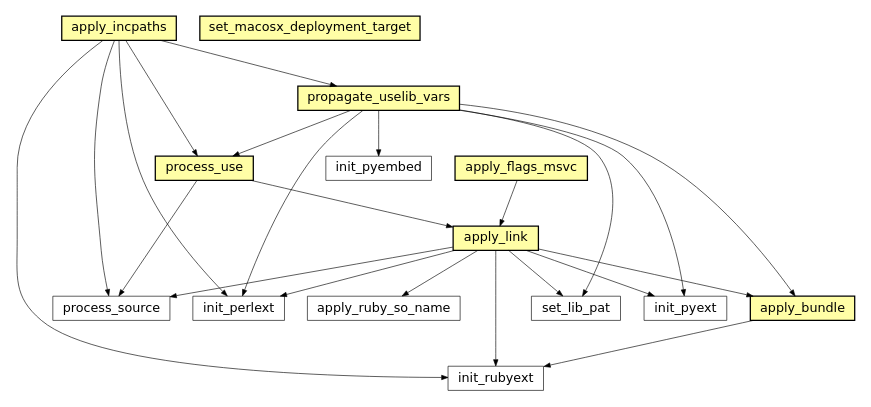
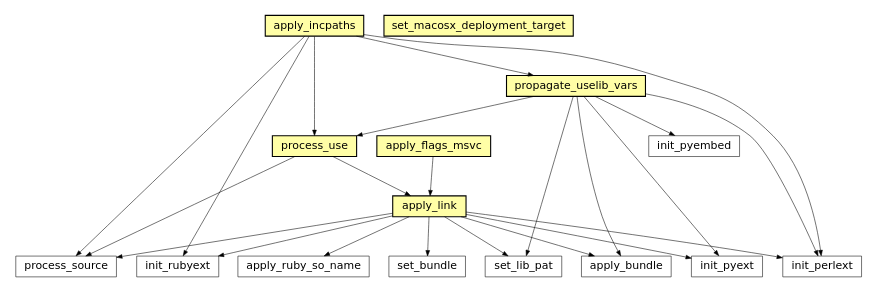
One commit to electronicvisions/waf changed the third of 45 diagrams in docs/sphinx/featuremap.rst. Above: the diagram before and after it, drawn with Graphviz. The commit also changed other lines of this file and 3 other files, not shown here.

```diff
--- a/docs/sphinx/featuremap.rst
+++ b/docs/sphinx/featuremap.rst
@@ -80,41 +98,42 @@
 .. graphviz::
 
 	digraph feature_c {
-	size="8.0, 12.0";
-		"process_use" [style="setlinewidth(0.5)",URL="tools/ccroot.html#waflib.Tools.ccroot.process_use",fontname="Vera Sans, DejaVu Sans, Liberation Sans, Arial, Helvetica, sans",height=0.25,shape=box,fontsize=10,fillcolor="#fffea6",style=filled];
-	"process_source" [style="setlinewidth(0.5)",URL="TaskGen.html#waflib.TaskGen.process_source",fontname="Vera Sans, DejaVu Sans, Liberation Sans, Arial, Helvetica, sans",height=0.25,shape=box,fontsize=10];
-	"apply_incpaths" [style="setlinewidth(0.5)",URL="tools/ccroot.html#waflib.Tools.ccroot.apply_incpaths",fontname="Vera Sans, DejaVu Sans, Liberation Sans, Arial, Helvetica, sans",height=0.25,shape=box,fontsize=10,fillcolor="#fffea6",style=filled];
-	"set_lib_pat" [style="setlinewidth(0.5)",URL="tools/fc_config.html#waflib.Tools.fc_config.set_lib_pat",fontname="Vera Sans, DejaVu Sans, Liberation Sans, Arial, Helvetica, sans",height=0.25,shape=box,fontsize=10];
-	"apply_bundle" [style="setlinewidth(0.5)",URL="tools/c_osx.html#waflib.Tools.c_osx.apply_bundle",fontname="Vera Sans, DejaVu Sans, Liberation Sans, Arial, Helvetica, sans",height=0.25,shape=box,fontsize=10,fillcolor="#fffea6",style=filled];
-	"set_macosx_deployment_target" [style="setlinewidth(0.5)",URL="tools/c_osx.html#waflib.Tools.c_osx.set_macosx_deployment_target",fontname="Vera Sans, DejaVu Sans, Liberation Sans, Arial, Helvetica, sans",height=0.25,shape=box,fontsize=10,fillcolor="#fffea6",style=filled];
-	"init_perlext" [style="setlinewidth(0.5)",URL="tools/perl.html#waflib.Tools.perl.init_perlext",fontname="Vera Sans, DejaVu Sans, Liberation Sans, Arial, Helvetica, sans",height=0.25,shape=box,fontsize=10];
-	"apply_ruby_so_name" [style="setlinewidth(0.5)",URL="tools/ruby.html#waflib.Tools.ruby.apply_ruby_so_name",fontname="Vera Sans, DejaVu Sans, Liberation Sans, Arial, Helvetica, sans",height=0.25,shape=box,fontsize=10];
-	"apply_link" [style="setlinewidth(0.5)",URL="tools/ccroot.html#waflib.Tools.ccroot.apply_link",fontname="Vera Sans, DejaVu Sans, Liberation Sans, Arial, Helvetica, sans",height=0.25,shape=box,fontsize=10,fillcolor="#fffea6",style=filled];
-	"init_pyext" [style="setlinewidth(0.5)",URL="tools/python.html#waflib.Tools.python.init_pyext",fontname="Vera Sans, DejaVu Sans, Liberation Sans, Arial, Helvetica, sans",height=0.25,shape=box,fontsize=10];
-	"init_rubyext" [style="setlinewidth(0.5)",URL="tools/ruby.html#waflib.Tools.ruby.init_rubyext",fontname="Vera Sans, DejaVu Sans, Liberation Sans, Arial, Helvetica, sans",height=0.25,shape=box,fontsize=10];
-	"apply_flags_msvc" [style="setlinewidth(0.5)",URL="tools/msvc.html#waflib.Tools.msvc.apply_flags_msvc",fontname="Vera Sans, DejaVu Sans, Liberation Sans, Arial, Helvetica, sans",height=0.25,shape=box,fontsize=10,fillcolor="#fffea6",style=filled];
-	"propagate_uselib_vars" [style="setlinewidth(0.5)",URL="tools/ccroot.html#waflib.Tools.ccroot.propagate_uselib_vars",fontname="Vera Sans, DejaVu Sans, Liberation Sans, Arial, Helvetica, sans",height=0.25,shape=box,fontsize=10,fillcolor="#fffea6",style=filled];
-	"init_pyembed" [style="setlinewidth(0.5)",URL="tools/python.html#waflib.Tools.python.init_pyembed",fontname="Vera Sans, DejaVu Sans, Liberation Sans, Arial, Helvetica, sans",height=0.25,shape=box,fontsize=10];
-	"process_use" -> "apply_link" [arrowsize=0.5,style="setlinewidth(0.5)"];
-	"process_use" -> "process_source" [arrowsize=0.5,style="setlinewidth(0.5)"];
-	"apply_incpaths" -> "propagate_uselib_vars" [arrowsize=0.5,style="setlinewidth(0.5)"];
-	"apply_incpaths" -> "process_source" [arrowsize=0.5,style="setlinewidth(0.5)"];
-	"apply_incpaths" -> "process_use" [arrowsize=0.5,style="setlinewidth(0.5)"];
-	"apply_incpaths" -> "init_rubyext" [arrowsize=0.5,style="setlinewidth(0.5)"];
-	"apply_incpaths" -> "init_perlext" [arrowsize=0.5,style="setlinewidth(0.5)"];
-	"apply_link" -> "apply_bundle" [arrowsize=0.5,style="setlinewidth(0.5)"];
-	"apply_link" -> "process_source" [arrowsize=0.5,style="setlinewidth(0.5)"];
-	"apply_link" -> "set_lib_pat" [arrowsize=0.5,style="setlinewidth(0.5)"];
-	"apply_link" -> "init_rubyext" [arrowsize=0.5,style="setlinewidth(0.5)"];
-	"apply_link" -> "apply_ruby_so_name" [arrowsize=0.5,style="setlinewidth(0.5)"];
-	"apply_link" -> "init_pyext" [arrowsize=0.5,style="setlinewidth(0.5)"];
-	"apply_link" -> "init_perlext" [arrowsize=0.5,style="setlinewidth(0.5)"];
-	"apply_flags_msvc" -> "apply_link" [arrowsize=0.5,style="setlinewidth(0.5)"];
-	"propagate_uselib_vars" -> "apply_bundle" [arrowsize=0.5,style="setlinewidth(0.5)"];
-	"propagate_uselib_vars" -> "process_use" [arrowsize=0.5,style="setlinewidth(0.5)"];
-	"propagate_uselib_vars" -> "set_lib_pat" [arrowsize=0.5,style="setlinewidth(0.5)"];
-	"propagate_uselib_vars" -> "init_pyext" [arrowsize=0.5,style="setlinewidth(0.5)"];
-	"propagate_uselib_vars" -> "init_pyembed" [arrowsize=0.5,style="setlinewidth(0.5)"];
-	"propagate_uselib_vars" -> "init_perlext" [arrowsize=0.5,style="setlinewidth(0.5)"];
-	"apply_bundle" -> "init_rubyext" [arrowsize=0.5,style="setlinewidth(0.5)"];
+		size="8.0, 12.0";
+		process_use [style="setlinewidth(0.5)",URL="tools/ccroot.html#waflib.Tools.ccroot.process_use",target="_top",fontname="Vera Sans, DejaVu Sans, Liberation Sans, Arial, Helvetica, sans",height=0.25,shape="rectangle",fontsize=10,fillcolor="#fffea6",style=filled];
+		process_source [style="setlinewidth(0.5)",URL="TaskGen.html#waflib.TaskGen.process_source",target="_top",fontname="Vera Sans, DejaVu Sans, Liberation Sans, Arial, Helvetica, sans",height=0.25,shape="rectangle",fontsize=10];
+		apply_incpaths [style="setlinewidth(0.5)",URL="tools/ccroot.html#waflib.Tools.ccroot.apply_incpaths",target="_top",fontname="Vera Sans, DejaVu Sans, Liberation Sans, Arial, Helvetica, sans",height=0.25,shape="rectangle",fontsize=10,fillcolor="#fffea6",style=filled];
+		set_bundle [style="setlinewidth(0.5)",URL="tools/python.html#waflib.Tools.python.set_bundle",target="_top",fontname="Vera Sans, DejaVu Sans, Liberation Sans, Arial, Helvetica, sans",height=0.25,shape="rectangle",fontsize=10];
+		set_lib_pat [style="setlinewidth(0.5)",URL="tools/fc_config.html#waflib.Tools.fc_config.set_lib_pat",target="_top",fontname="Vera Sans, DejaVu Sans, Liberation Sans, Arial, Helvetica, sans",height=0.25,shape="rectangle",fontsize=10];
+		apply_bundle [style="setlinewidth(0.5)",URL="tools/c_osx.html#waflib.Tools.c_osx.apply_bundle",target="_top",fontname="Vera Sans, DejaVu Sans, Liberation Sans, Arial, Helvetica, sans",height=0.25,shape="rectangle",fontsize=10];
+		set_macosx_deployment_target [style="setlinewidth(0.5)",URL="tools/c_osx.html#waflib.Tools.c_osx.set_macosx_deployment_target",target="_top",fontname="Vera Sans, DejaVu Sans, Liberation Sans, Arial, Helvetica, sans",height=0.25,shape="rectangle",fontsize=10,fillcolor="#fffea6",style=filled];
+		init_perlext [style="setlinewidth(0.5)",URL="tools/perl.html#waflib.Tools.perl.init_perlext",target="_top",fontname="Vera Sans, DejaVu Sans, Liberation Sans, Arial, Helvetica, sans",height=0.25,shape="rectangle",fontsize=10];
+		apply_ruby_so_name [style="setlinewidth(0.5)",URL="tools/ruby.html#waflib.Tools.ruby.apply_ruby_so_name",target="_top",fontname="Vera Sans, DejaVu Sans, Liberation Sans, Arial, Helvetica, sans",height=0.25,shape="rectangle",fontsize=10];
+		apply_link [style="setlinewidth(0.5)",URL="tools/ccroot.html#waflib.Tools.ccroot.apply_link",target="_top",fontname="Vera Sans, DejaVu Sans, Liberation Sans, Arial, Helvetica, sans",height=0.25,shape="rectangle",fontsize=10,fillcolor="#fffea6",style=filled];
+		init_pyext [style="setlinewidth(0.5)",URL="tools/python.html#waflib.Tools.python.init_pyext",target="_top",fontname="Vera Sans, DejaVu Sans, Liberation Sans, Arial, Helvetica, sans",height=0.25,shape="rectangle",fontsize=10];
+		init_rubyext [style="setlinewidth(0.5)",URL="tools/ruby.html#waflib.Tools.ruby.init_rubyext",target="_top",fontname="Vera Sans, DejaVu Sans, Liberation Sans, Arial, Helvetica, sans",height=0.25,shape="rectangle",fontsize=10];
+		apply_flags_msvc [style="setlinewidth(0.5)",URL="tools/msvc.html#waflib.Tools.msvc.apply_flags_msvc",target="_top",fontname="Vera Sans, DejaVu Sans, Liberation Sans, Arial, Helvetica, sans",height=0.25,shape="rectangle",fontsize=10,fillcolor="#fffea6",style=filled];
+		propagate_uselib_vars [style="setlinewidth(0.5)",URL="tools/ccroot.html#waflib.Tools.ccroot.propagate_uselib_vars",target="_top",fontname="Vera Sans, DejaVu Sans, Liberation Sans, Arial, Helvetica, sans",height=0.25,shape="rectangle",fontsize=10,fillcolor="#fffea6",style=filled];
+		init_pyembed [style="setlinewidth(0.5)",URL="tools/python.html#waflib.Tools.python.init_pyembed",target="_top",fontname="Vera Sans, DejaVu Sans, Liberation Sans, Arial, Helvetica, sans",height=0.25,shape="rectangle",fontsize=10];
+		"process_use" -> "apply_link" [arrowsize=0.5,style="setlinewidth(0.5)"];
+		"process_use" -> "process_source" [arrowsize=0.5,style="setlinewidth(0.5)"];
+		"apply_incpaths" -> "propagate_uselib_vars" [arrowsize=0.5,style="setlinewidth(0.5)"];
+		"apply_incpaths" -> "process_source" [arrowsize=0.5,style="setlinewidth(0.5)"];
+		"apply_incpaths" -> "process_use" [arrowsize=0.5,style="setlinewidth(0.5)"];
+		"apply_incpaths" -> "init_rubyext" [arrowsize=0.5,style="setlinewidth(0.5)"];
+		"apply_incpaths" -> "init_perlext" [arrowsize=0.5,style="setlinewidth(0.5)"];
+		"apply_link" -> "apply_bundle" [arrowsize=0.5,style="setlinewidth(0.5)"];
+		"apply_link" -> "process_source" [arrowsize=0.5,style="setlinewidth(0.5)"];
+		"apply_link" -> "set_lib_pat" [arrowsize=0.5,style="setlinewidth(0.5)"];
+		"apply_link" -> "init_rubyext" [arrowsize=0.5,style="setlinewidth(0.5)"];
+		"apply_link" -> "apply_ruby_so_name" [arrowsize=0.5,style="setlinewidth(0.5)"];
+		"apply_link" -> "init_perlext" [arrowsize=0.5,style="setlinewidth(0.5)"];
+		"apply_link" -> "init_pyext" [arrowsize=0.5,style="setlinewidth(0.5)"];
+		"apply_link" -> "set_bundle" [arrowsize=0.5,style="setlinewidth(0.5)"];
+		"apply_flags_msvc" -> "apply_link" [arrowsize=0.5,style="setlinewidth(0.5)"];
+		"propagate_uselib_vars" -> "apply_bundle" [arrowsize=0.5,style="setlinewidth(0.5)"];
+		"propagate_uselib_vars" -> "process_use" [arrowsize=0.5,style="setlinewidth(0.5)"];
+		"propagate_uselib_vars" -> "set_lib_pat" [arrowsize=0.5,style="setlinewidth(0.5)"];
+		"propagate_uselib_vars" -> "init_perlext" [arrowsize=0.5,style="setlinewidth(0.5)"];
+		"propagate_uselib_vars" -> "init_pyext" [arrowsize=0.5,style="setlinewidth(0.5)"];
+		"propagate_uselib_vars" -> "init_pyembed" [arrowsize=0.5,style="setlinewidth(0.5)"];
 	}
```
